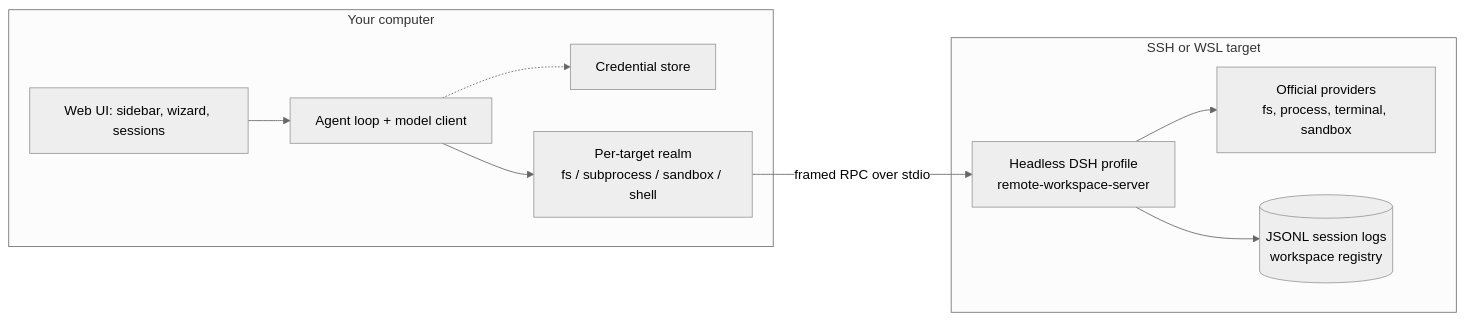
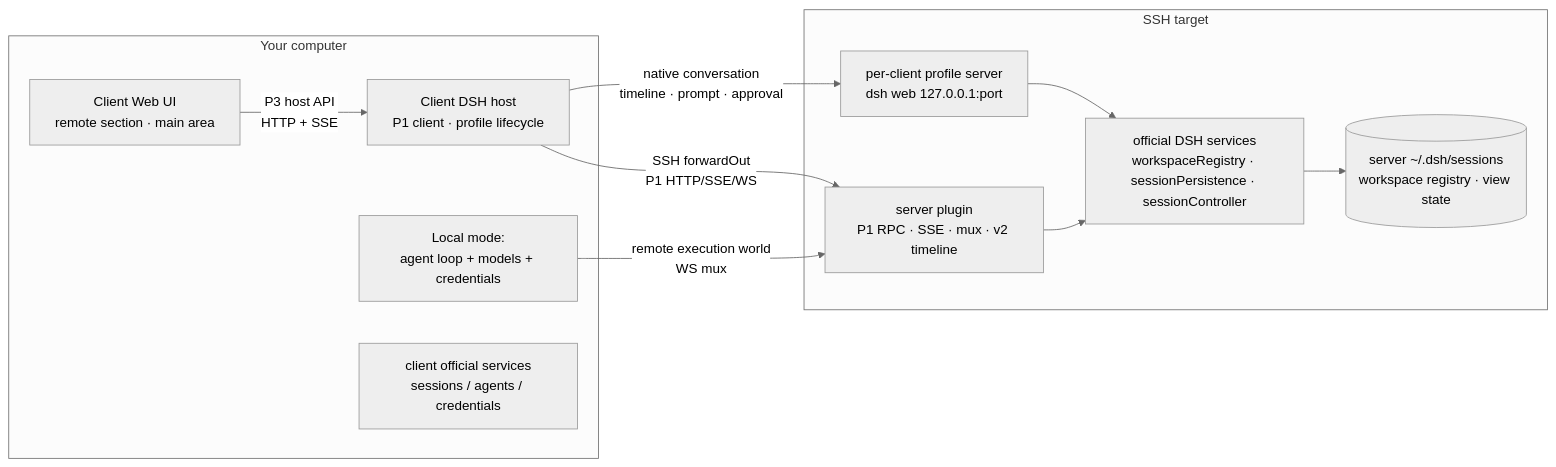
The diagram in README.md (graydovee/dsh-remote-window), drawn with Mermaid (neutral theme) before and after one commit. The commit also changed other lines of this file and 201 other files, not shown here.

First line of the commit message:
feat!: v2 remote workspaces with native server conversations

````diff
--- a/README.md
+++ b/README.md
@@ -62,20 +73,21 @@
 ```mermaid
 flowchart LR
-  subgraph local [Your computer]
-    UI[Web UI: sidebar, wizard, sessions]
-    LOOP[Agent loop + model client]
-    CRED[Credential store]
-    REALM[Per-target realm<br/>fs / subprocess / sandbox / shell]
+  subgraph client [Your computer]
+    UI[Client Web UI<br/>remote section · main area]
+    CHOST[Client DSH host<br/>P1 client · profile lifecycle]
+    LOOP[Local mode:<br/>agent loop + models + credentials]
+    AGENTS[client official services<br/>sessions / agents / credentials]
   end
-  subgraph remote [SSH or WSL target]
-    SRV[Headless DSH profile<br/>remote-workspace-server]
-    WORLD[Official providers<br/>fs, process, terminal, sandbox]
-    LOG[(JSONL session logs<br/>workspace registry)]
+  subgraph server [SSH target]
+    PROF[per-client profile server<br/>dsh web 127.0.0.1:port]
+    PLUG[server plugin<br/>P1 RPC · SSE · mux · v2 timeline]
+    OFF[official DSH services<br/>workspaceRegistry · sessionPersistence · sessionController]
+    LOG[(server ~/.dsh/sessions<br/>workspace registry · view state)]
   end
-  UI --> LOOP
-  LOOP --> REALM
-  LOOP -.-> CRED
-  REALM -->|framed RPC over stdio| SRV
-  SRV --> WORLD
-  SRV --> LOG
+  UI -->|P3 host API<br/>HTTP + SSE| CHOST
+  CHOST -->|SSH forwardOut<br/>P1 HTTP/SSE/WS| PLUG
+  CHOST -->|native conversation<br/>timeline · prompt · approval| PROF
+  LOOP -->|remote execution world<br/>WS mux| PLUG
+  PLUG --> OFF --> LOG
+  PROF --> OFF
 ```
````
